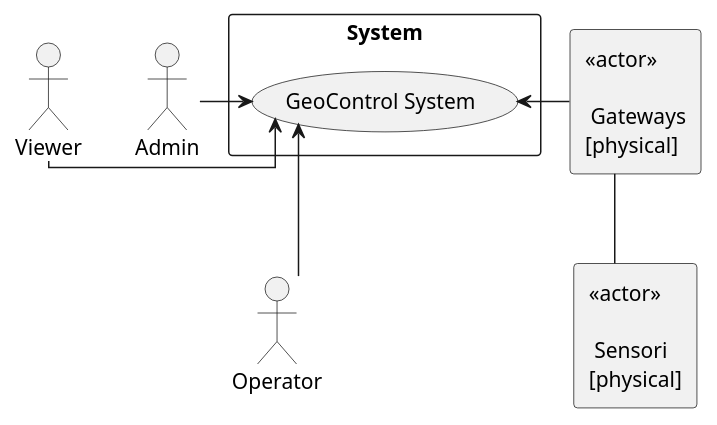
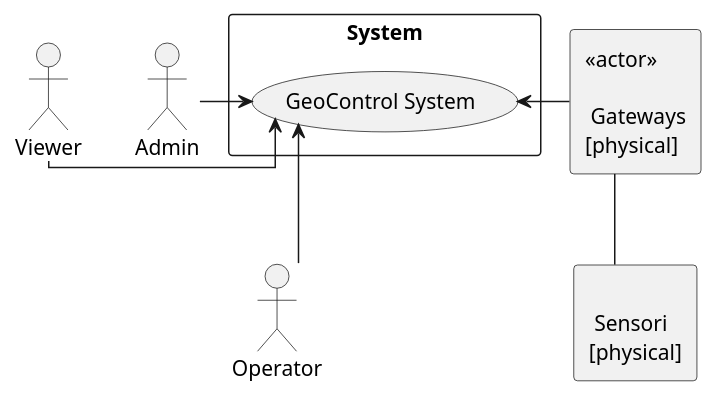
Before and after one commit to luigiaceto/geocontrol: the first of 4 diagrams in doc/Requirements.md, drawn with PlantUML. The commit also changed 2 other files, not shown here.

Commit message:
Fix: context diagram

````diff
--- a/doc/Requirements.md
+++ b/doc/Requirements.md
@@ -201,31 +201,31 @@
 ``` plantuml
 
 @startuml
 skinparam linetype polyline
 skinparam linetype ortho
 
 rectangle System {
     (GeoControl System) as UC
 }
 
 rectangle "<< actor >>\n\n Gateways\n[physical]" as Gateways
-rectangle "<< actor >>\n\n Sensori\n[physical]" as Sensori
+rectangle "\n Sensori\n[physical]" as Sensori
 
 Actor Admin
 Actor Operator
 Actor Viewer
 
 Admin -l-> UC
 Operator -l-> UC
 Viewer -l-> UC
 
 Gateways -u- Sensori
 Gateways -r-> UC
 
 
 Admin -[hidden]- Operator
 Admin -[hidden]l- Viewer
 Gateways -[hidden]d- Sensori
 @enduml
 
 ```
````
